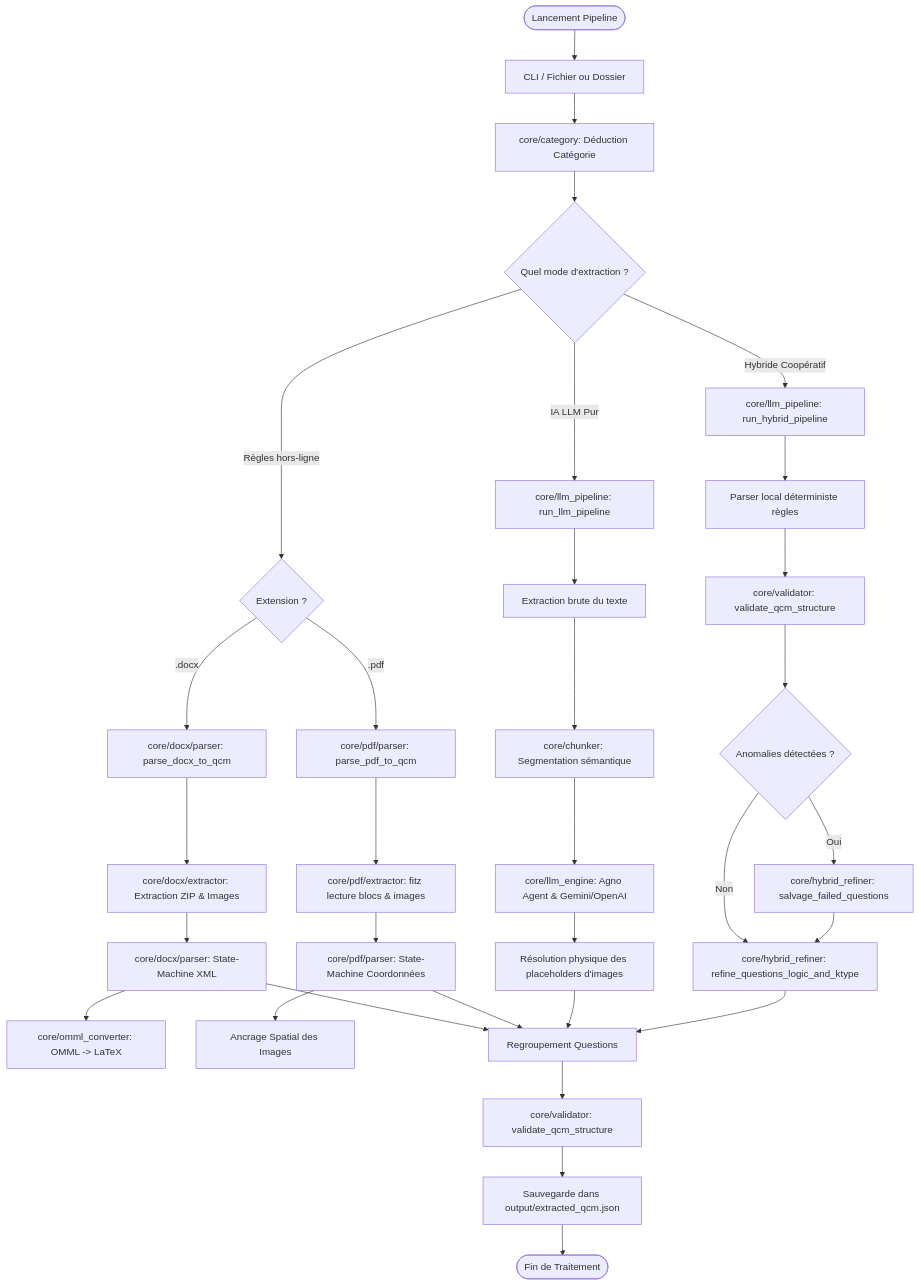
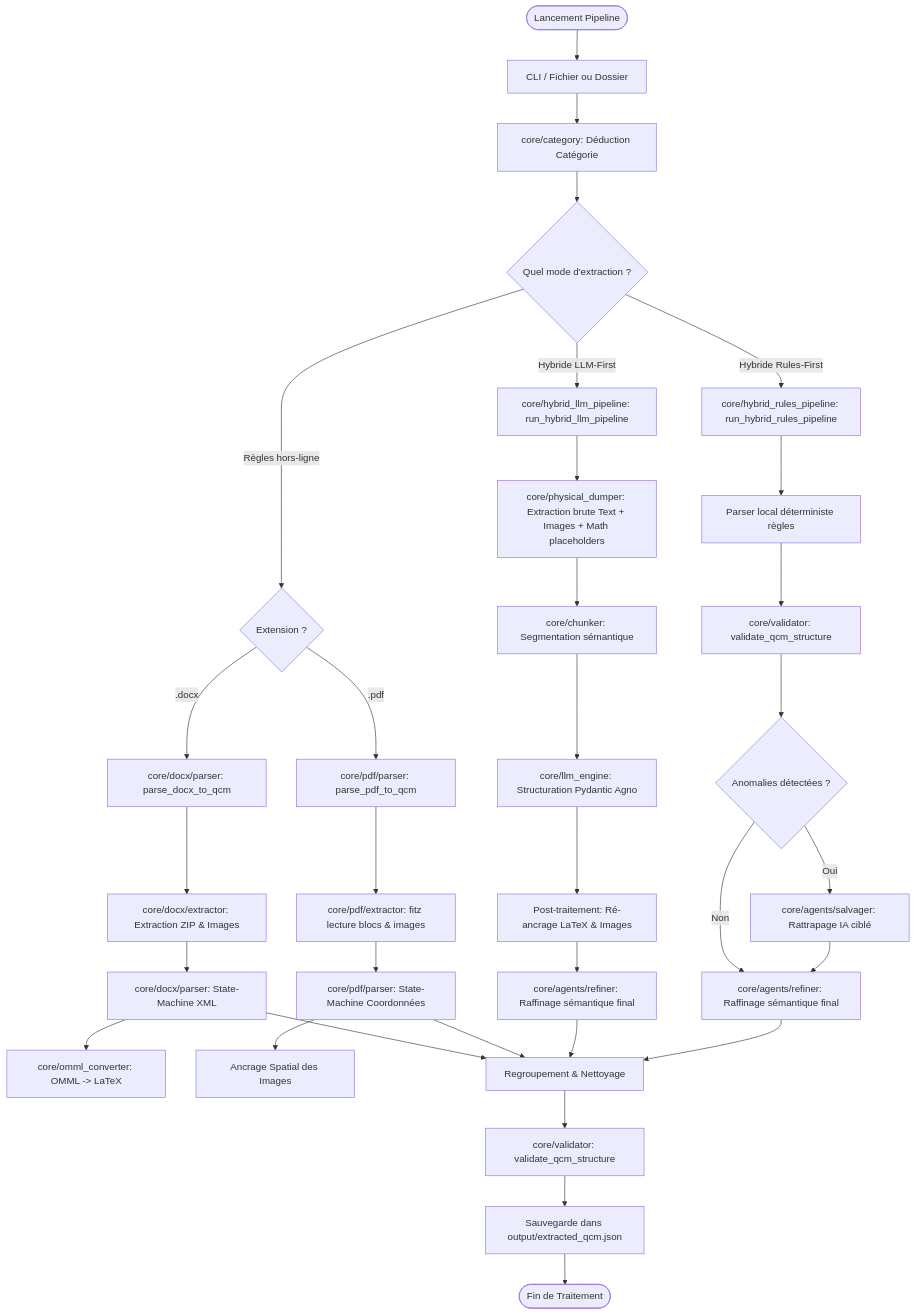
One commit to redabens/medextract changed the second of 2 diagrams in README.md. Above: the diagram before and after it, drawn with Mermaid. The commit also changed other lines of this file, not shown here.

Commit message:
docs: update README.md to document modular architecture and new pipelines

````diff
--- a/README.md
+++ b/README.md
@@ -123,46 +157,47 @@
 ```mermaid
 flowchart TD
     Start([Lancement Pipeline]) --> CommandInput[CLI / Fichier ou Dossier]
     CommandInput --> DeduceCat[core/category: Déduction Catégorie]
     DeduceCat --> ModeCheck{Quel mode d'extraction ?}
     
     %% Mode Règles
     ModeCheck -->|Règles hors-ligne| RulesCheck{Extension ?}
     RulesCheck -->|.docx| DOCXRules[core/docx/parser: parse_docx_to_qcm]
     RulesCheck -->|.pdf| PDFRules[core/pdf/parser: parse_pdf_to_qcm]
     
     DOCXRules --> DOCXZip[core/docx/extractor: Extraction ZIP & Images]
     DOCXZip --> DOCX_SM[core/docx/parser: State-Machine XML]
     DOCX_SM --> MathML[core/omml_converter: OMML -> LaTeX]
     
     PDFRules --> PDFSpatial[core/pdf/extractor: fitz lecture blocs & images]
     PDFSpatial --> PDF_SM[core/pdf/parser: State-Machine Coordonnées]
     PDF_SM --> PDFAnchors[Ancrage Spatial des Images]
     
-    %% Mode LLM Pur
-    ModeCheck -->|IA LLM Pur| LLMPipe[core/llm_pipeline: run_llm_pipeline]
-    LLMPipe --> RawExtract[Extraction brute du texte]
-    RawExtract --> Chunker[core/chunker: Segmentation sémantique]
-    Chunker --> AgnoEngine[core/llm_engine: Agno Agent & Gemini/OpenAI]
-    AgnoEngine --> ResolveImages[Résolution physique des placeholders d'images]
+    %% Mode LLM-First
+    ModeCheck -->|Hybride LLM-First| LLMPipe[core/hybrid_llm_pipeline: run_hybrid_llm_pipeline]
+    LLMPipe --> Dumper[core/physical_dumper: Extraction brute Text + Images + Math placeholders]
+    Dumper --> Chunker[core/chunker: Segmentation sémantique]
+    Chunker --> AgnoEngine[core/llm_engine: Structuration Pydantic Agno]
+    AgnoEngine --> ReAnchor[Post-traitement: Ré-ancrage LaTeX & Images]
+    ReAnchor --> RefineLogicLLM[core/agents/refiner: Raffinage sémantique final]
     
-    %% Mode Hybride
-    ModeCheck -->|Hybride Coopératif| HybridPipe[core/llm_pipeline: run_hybrid_pipeline]
+    %% Mode Rules-First
+    ModeCheck -->|Hybride Rules-First| HybridPipe[core/hybrid_rules_pipeline: run_hybrid_rules_pipeline]
     HybridPipe --> LocalParse[Parser local déterministe règles]
     LocalParse --> ValidatorCheck[core/validator: validate_qcm_structure]
     ValidatorCheck --> AnomaliesCheck{Anomalies détectées ?}
     
-    AnomaliesCheck -->|Oui| SalvageAgent[core/hybrid_refiner: salvage_failed_questions]
-    AnomaliesCheck -->|Non| RefineLogic[core/hybrid_refiner: refine_questions_logic_and_ktype]
+    AnomaliesCheck -->|Oui| SalvageAgent[core/agents/salvager: Rattrapage IA ciblé]
+    AnomaliesCheck -->|Non| RefineLogic[core/agents/refiner: Raffinage sémantique final]
     SalvageAgent --> RefineLogic
     
     %% Validation & Fin
-    DOCX_SM --> Combine[Regroupement Questions]
+    DOCX_SM --> Combine[Regroupement & Nettoyage]
     PDF_SM --> Combine
-    ResolveImages --> Combine
+    RefineLogicLLM --> Combine
     RefineLogic --> Combine
     
     Combine --> Validation[core/validator: validate_qcm_structure]
     Validation --> Save[Sauvegarde dans output/extracted_qcm.json]
     Save --> End([Fin de Traitement])
 ```
````
